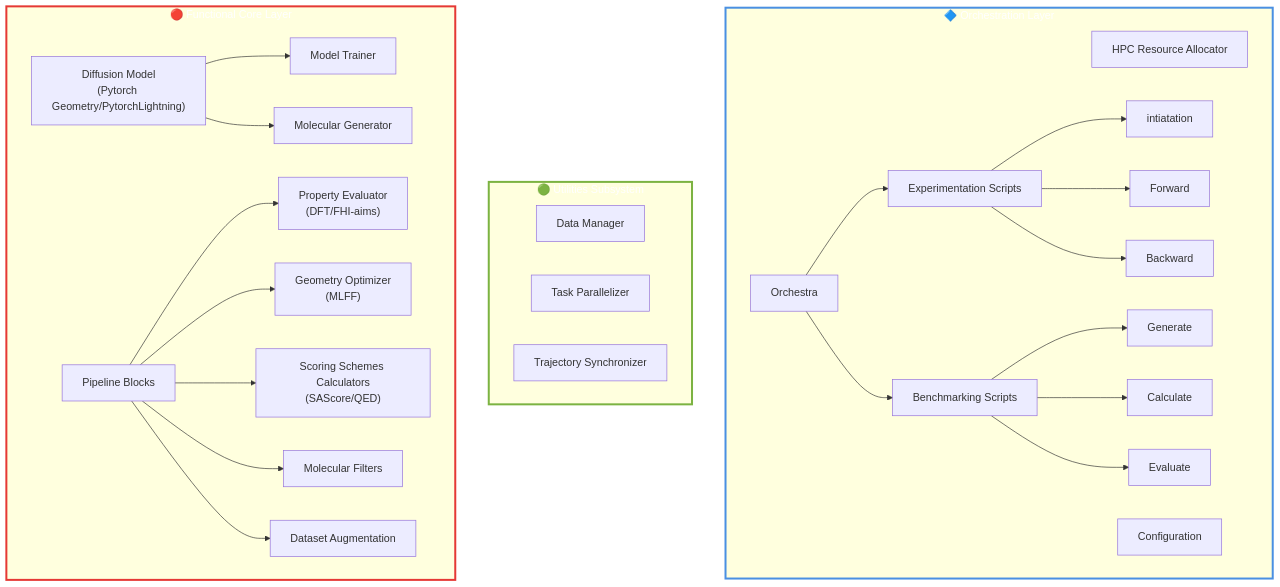
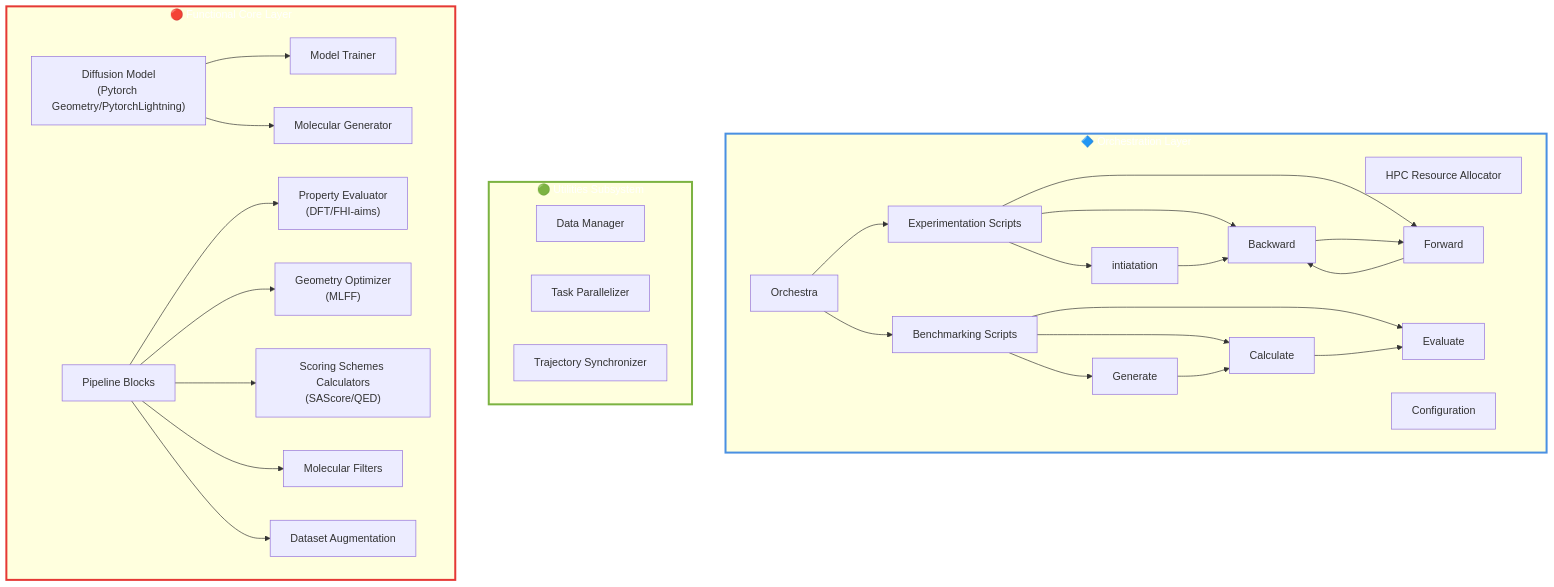
One commit to lmedranos/qalpa changed the second of 2 diagrams in README.md. Above: the diagram before and after it, drawn with Mermaid.

````diff
--- a/README.md
+++ b/README.md
@@ -102,56 +102,60 @@
 ```mermaid
 graph TB
     subgraph orchestration["🔷 Orchestration Layer"]
         hpc["HPC Resource Allocator"]
         config["Configuration"]
         orc["Orchestra"]
         Expsc["Experimentation Scripts"]
         initsc["intiatation"]
         forsc["Forward"]
         bacsc["Backward"]
         Evalsc["Benchmarking Scripts"]
         gensc["Generate"]
         calsc["Calculate"]
         evalsc["Evaluate"]
 
     end
 
     Expsc --> initsc
     Expsc --> forsc
     Expsc --> bacsc
     Evalsc --> gensc
     Evalsc --> calsc
     Evalsc --> evalsc
     orc --> Expsc
     orc --> Evalsc
+    forsc --> bacsc
+    bacsc --> forsc
+    initsc --> bacsc
+    gensc --> calsc --> evalsc
 
 
     subgraph utilities["🟢 Utilities Subsystem"]
         data["Data Manager"]
         parallel["Task Parallelizer"]
         sync["Trajectory Synchronizer"]
     end
     
     subgraph functional["🔴 Functional Core Layer"]
         Diff["Diffusion Model<br/>(Pytorch Geometry/PytorchLightning)"]
         train["Model Trainer"]
         gen["Molecular Generator"]
         Pipeb["Pipeline Blocks"]
         eval["Property Evaluator<br/>(DFT/FHI-aims)"]
         opt["Geometry Optimizer<br/>(MLFF)"]
         sco["Scoring Schemes Calculators<br/>(SAScore/QED)"]
         sel["Molecular Filters"]
         Aug["Dataset Augmentation"]
     end
     Diff --> train
     Diff --> gen
     Pipeb --> eval
     Pipeb --> opt
     Pipeb --> sco
     Pipeb --> sel
     Pipeb --> Aug
     
     style orchestration stroke:#4A90E2,stroke-width:3px,color:#fff
     style utilities stroke:#7CB342,stroke-width: 3px,color:#fff
     style functional stroke:#E53935,stroke-width:3px,color:#fff
 ```
````
